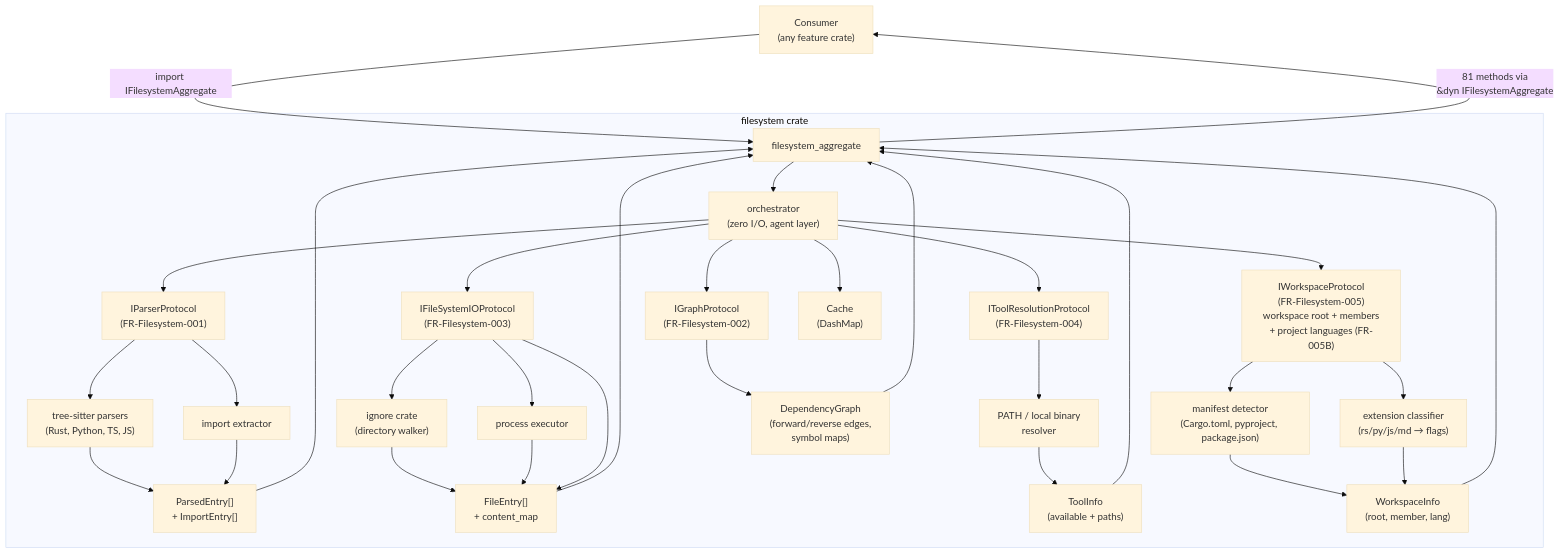
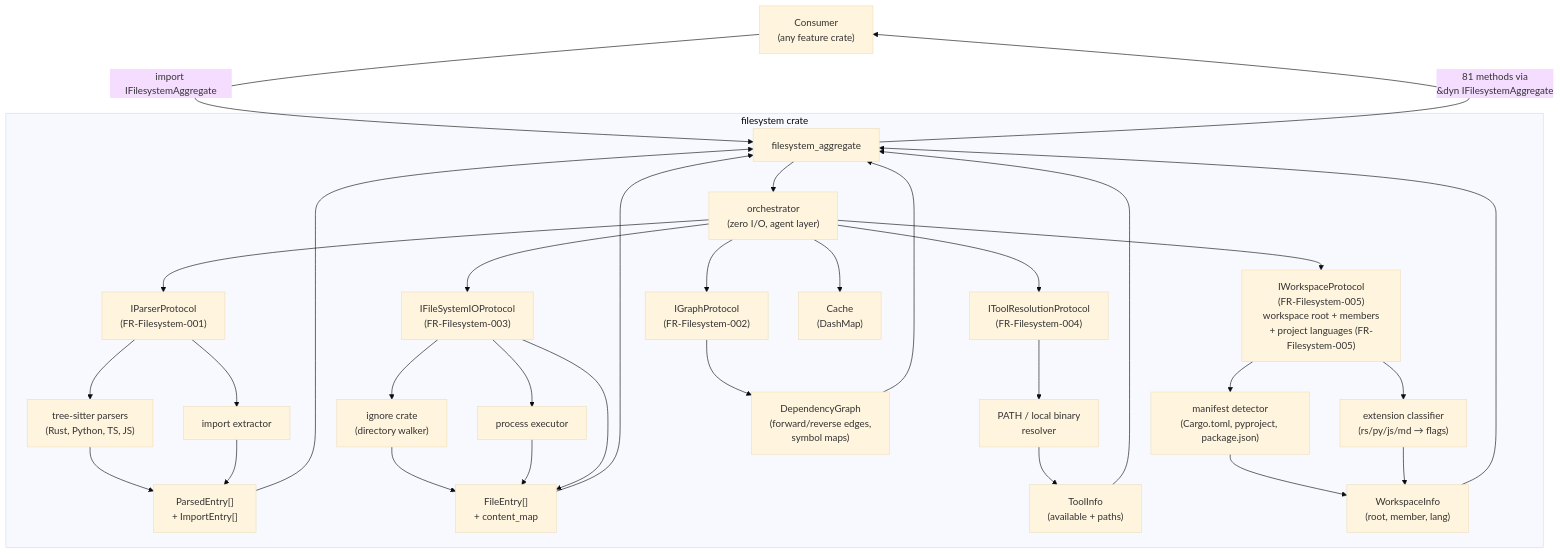
The diagram in crates/filesystem/FRD.md (rakaarwaky/lint-arwaky), drawn with Mermaid (base theme) before and after one commit. The commit also changed other lines of this file and 265 other files, not shown here.

````diff
--- a/crates/filesystem/FRD.md
+++ b/crates/filesystem/FRD.md
@@ -17,40 +11,40 @@
 ```mermaid
 flowchart TD
     A["Consumer\n(any feature crate)"] -->|"import IFilesystemAggregate"| D["filesystem_aggregate"]
 
     subgraph FS ["filesystem crate"]
         D --> O["orchestrator\n(zero I/O, agent layer)"]
         O --> P1["IParserProtocol\n(FR-Filesystem-001)"]
         O --> P2["IGraphProtocol\n(FR-Filesystem-002)"]
         O --> P3["IFileSystemIOProtocol\n(FR-Filesystem-003)"]
         O --> P4["IToolResolutionProtocol\n(FR-Filesystem-004)"]
-        O --> P5["IWorkspaceProtocol\n(FR-Filesystem-005)\nworkspace root + members\n+ project languages (FR-005B)"]
+        O --> P5["IWorkspaceProtocol\n(FR-Filesystem-005)\nworkspace root + members\n+ project languages (FR-Filesystem-005)"]
         O --> C["Cache\n(DashMap)"]
 
         P1 --> T1["tree-sitter parsers\n(Rust, Python, TS, JS)"]
         P1 --> T2["import extractor"]
         P3 --> T3["ignore crate\n(directory walker)"]
         P3 --> T4["process executor"]
         P4 --> T5["PATH / local binary\nresolver"]
         P5 --> T6["manifest detector\n(Cargo.toml, pyproject, package.json)"]
         P5 --> T7["extension classifier\n(rs/py/js/md → flags)"]
 
         T1 --> R1["ParsedEntry[]\n+ ImportEntry[]"]
         T2 --> R1
         P2 --> R2["DependencyGraph\n(forward/reverse edges,\nsymbol maps)"]
         T3 --> R3["FileEntry[]\n+ content_map"]
         T4 --> R3
         P3 --> R3
         T5 --> R4["ToolInfo\n(available + paths)"]
         T6 --> R5["WorkspaceInfo\n(root, member, lang)"]
         T7 --> R5
     end
 
     R1 --> D
     R2 --> D
     R3 --> D
     R4 --> D
     R5 --> D
     D -->|"81 methods via\n&dyn IFilesystemAggregate"| A
 
 ```
````
